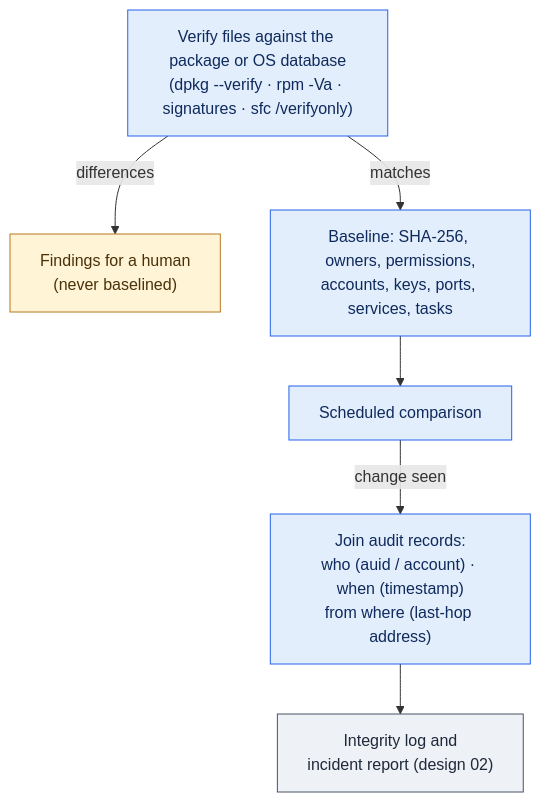
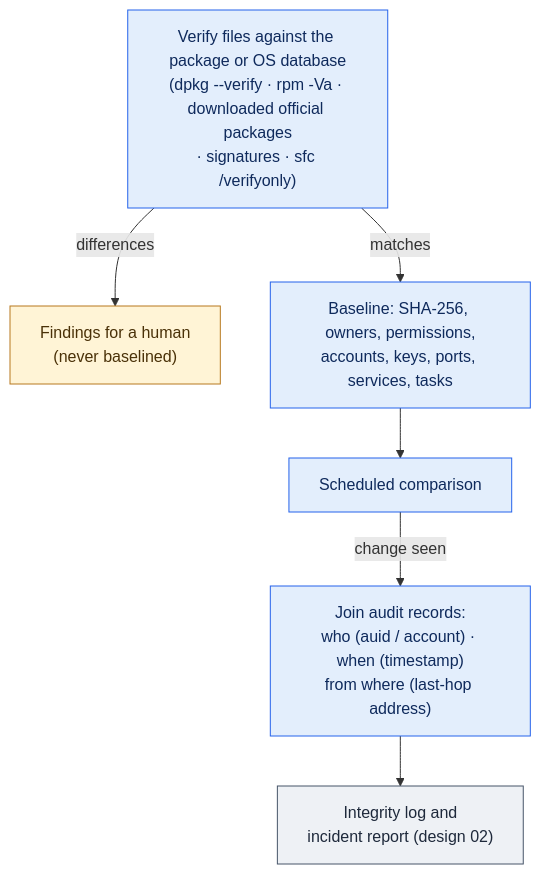
One commit to dotnetdork/Labyrinth changed the diagram in docs/design/04-Baseline-and-Integrity.md. Above: the diagram before and after it, drawn with Mermaid. The commit also changed other lines of this file and 33 other files, not shown here.

````diff
--- a/docs/design/04-Baseline-and-Integrity.md
+++ b/docs/design/04-Baseline-and-Integrity.md
@@ -45,15 +60,15 @@
 ```mermaid
 flowchart TD
-    V["Verify files against the package or OS database<br/>(dpkg --verify · rpm -Va · signatures · sfc /verifyonly)"]
+    V["Verify files against the package or OS database<br/>(dpkg --verify · rpm -Va · downloaded official packages<br/>· signatures · sfc /verifyonly)"]
     V -->|differences| F["Findings for a human<br/>(never baselined)"]
     V -->|matches| B["Baseline: SHA-256, owners, permissions,<br/>accounts, keys, ports, services, tasks"]
     B --> CMP["Scheduled comparison"]
     CMP -->|change seen| J["Join audit records:<br/>who (auid / account) · when (timestamp)<br/>from where (last-hop address)"]
     J --> R["Integrity log and<br/>incident report (design 02)"]
     classDef observe fill:#e3eefc,stroke:#2563eb,color:#0f2a5c
     classDef human fill:#fff4d6,stroke:#b7791f,color:#4a3108
     classDef store fill:#eef1f5,stroke:#475569,color:#1e293b
     class V,B,CMP,J observe
     class F human
     class R store
 ```
````
